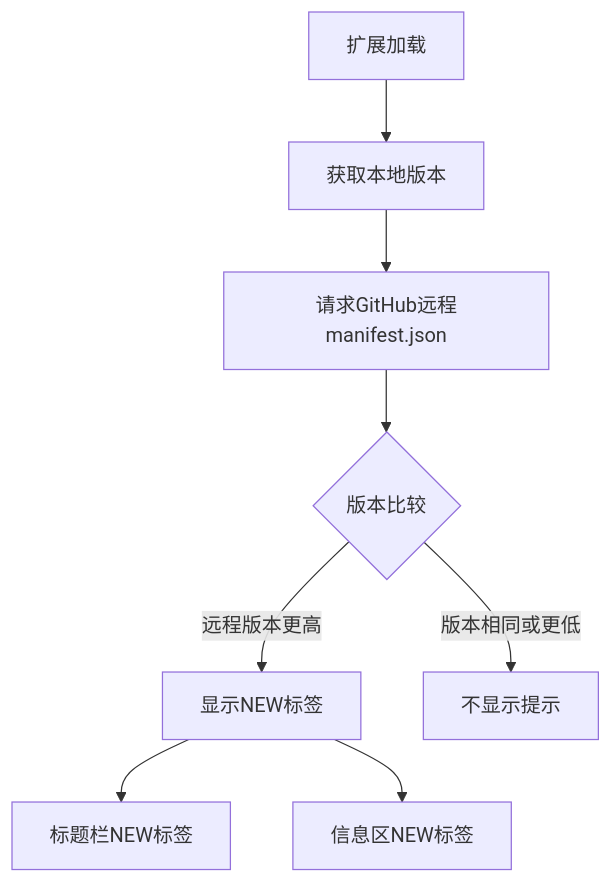
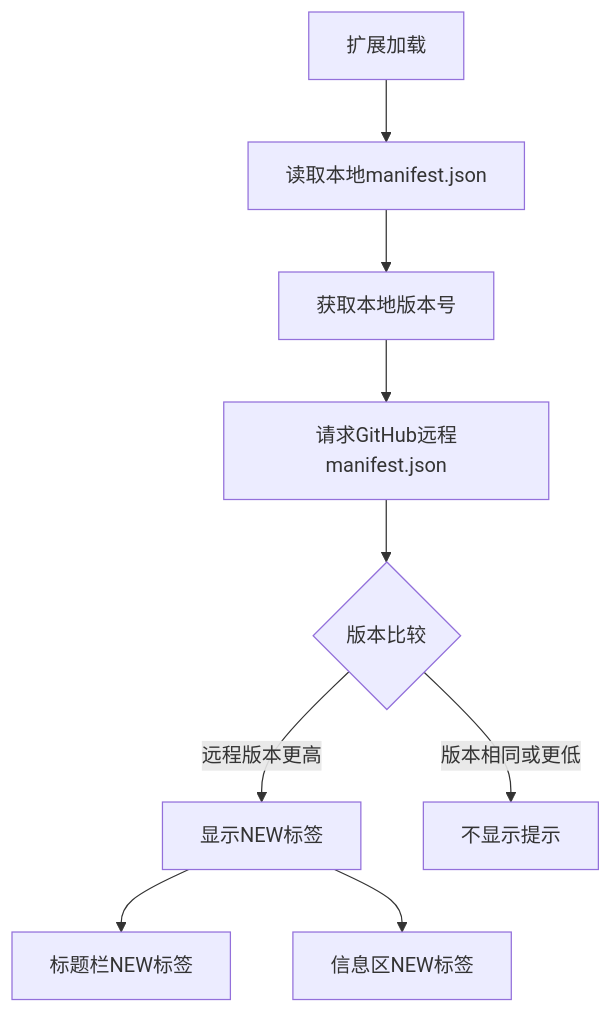
One commit to NyaaCaster/st-ClavisSalomonis changed diagram 11 of 14 in README.md. Above: the diagram before and after it, drawn with Mermaid. The commit also changed other lines of this file and 4 other files, not shown here.

````diff
--- a/README.md
+++ b/README.md
@@ -498,10 +508,11 @@
 ```mermaid
 graph TB
-    A[扩展加载] --> B[获取本地版本]
-    B --> C[请求GitHub远程manifest.json]
-    C --> D{版本比较}
-    D -->|远程版本更高| E[显示NEW标签]
-    D -->|版本相同或更低| F[不显示提示]
-    E --> G[标题栏NEW标签]
-    E --> H[信息区NEW标签]
+    A[扩展加载] --> B[读取本地manifest.json]
+    B --> C[获取本地版本号]
+    C --> D[请求GitHub远程manifest.json]
+    D --> E{版本比较}
+    E -->|远程版本更高| F[显示NEW标签]
+    E -->|版本相同或更低| G[不显示提示]
+    F --> H[标题栏NEW标签]
+    F --> I[信息区NEW标签]
 ```
````
